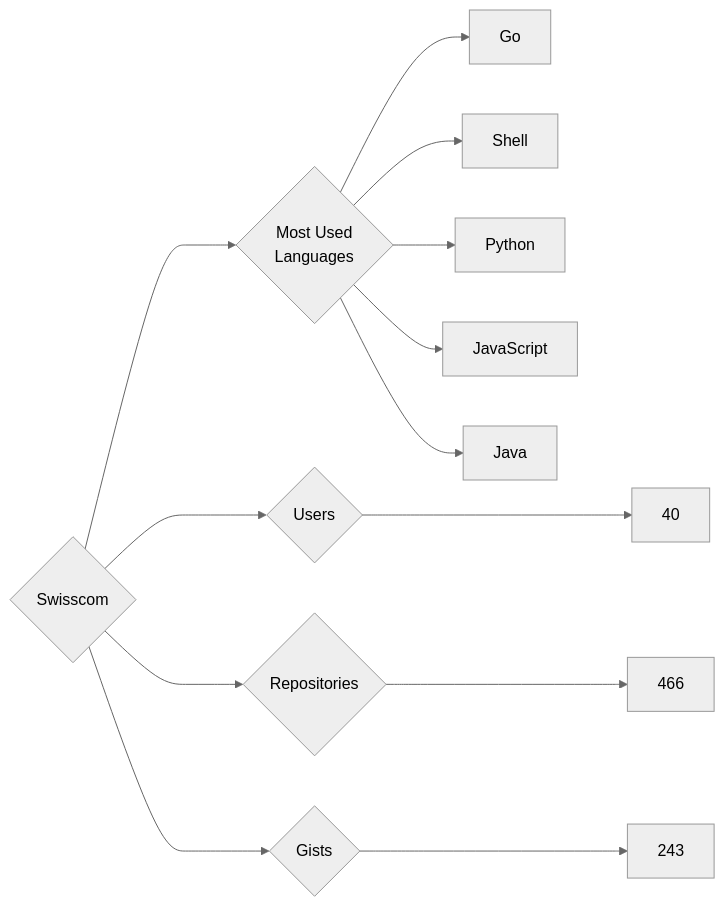
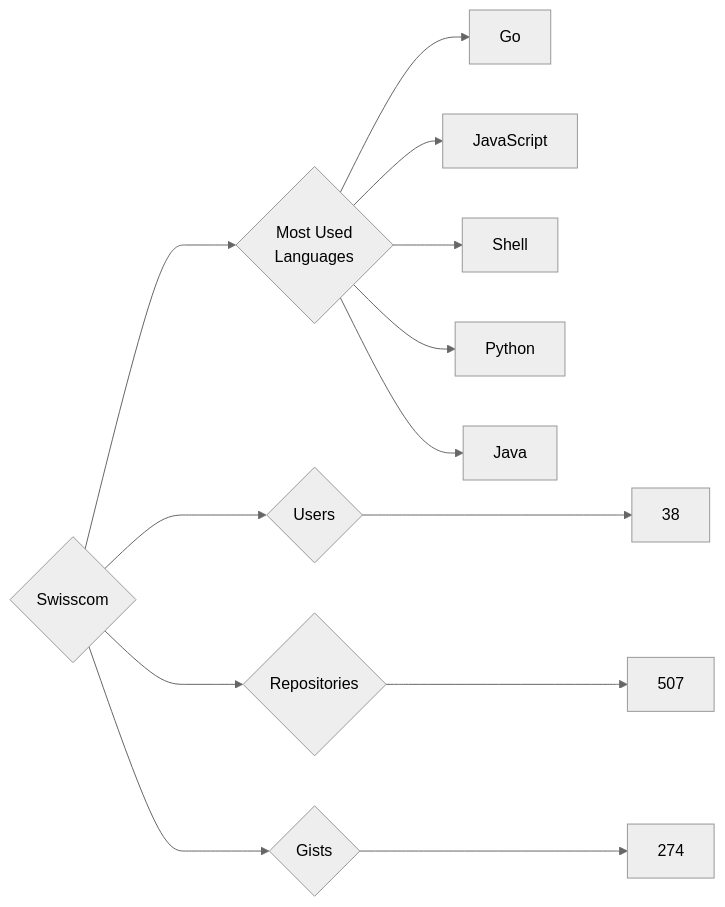
Before and after one commit to trickest/insiders: the diagram in targets/Swisscom/README.md, drawn with Mermaid (neutral theme). The commit also changed 970 other files, not shown here.

````diff
--- a/targets/Swisscom/README.md
+++ b/targets/Swisscom/README.md
@@ -3,13 +3,13 @@
 ```mermaid
 graph LR
 COMPANY_NAME{Swisscom}
-COMPANY_NAME ---> U{Users} ---> UN[40]
-COMPANY_NAME ---> R{Repositories} ---> RN[466]
-COMPANY_NAME ---> G{Gists} ---> GN[243]
+COMPANY_NAME ---> U{Users} ---> UN[38]
+COMPANY_NAME ---> R{Repositories} ---> RN[507]
+COMPANY_NAME ---> G{Gists} ---> GN[274]
 COMPANY_NAME ---> ML{Most Used<br>Languages}
 ML --> Go[Go]
+ML --> JavaScript[JavaScript]
 ML --> Shell[Shell]
 ML --> Python[Python]
-ML --> JavaScript[JavaScript]
 ML --> Java[Java]
 ```
````
